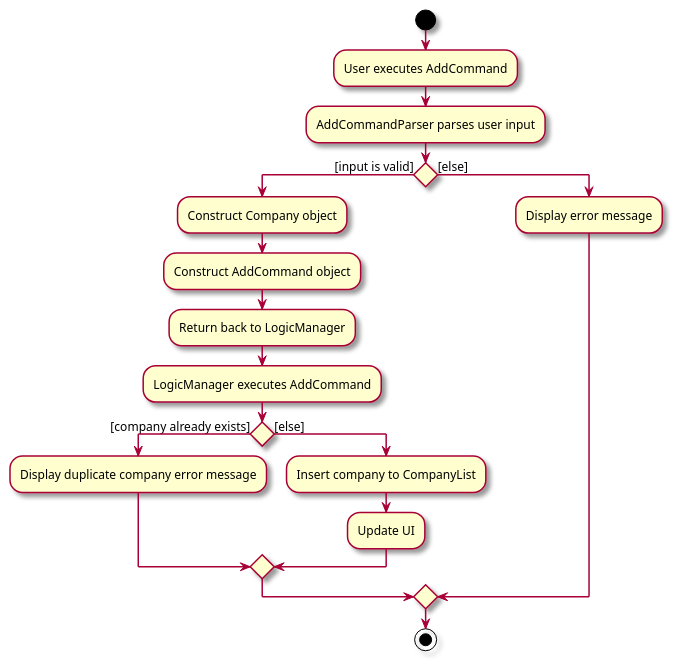
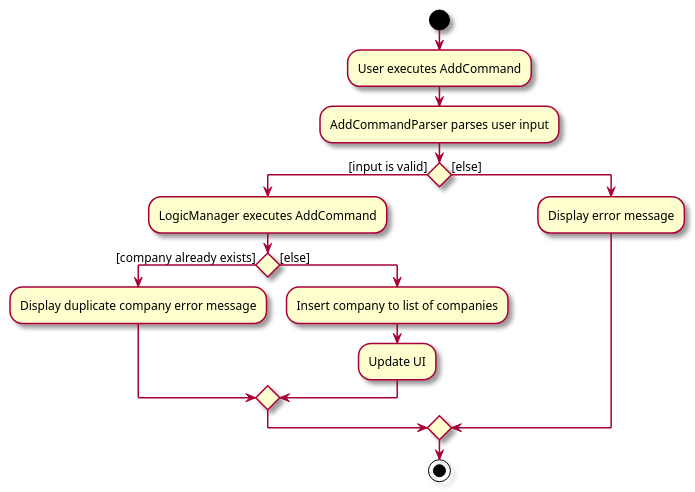
The diagram in docs/diagrams/AddActivityDiagram.puml (tayruxin/tp), drawn with PlantUML before and after one commit. The commit also changed 4 other files, not shown here.

Commit message:
Fix diagrams, grammar and phrasing

```diff
--- a/docs/diagrams/AddActivityDiagram.puml
+++ b/docs/diagrams/AddActivityDiagram.puml
@@ -1,29 +1,26 @@
 @startuml
 skin rose
 skinparam ActivityFontSize 12
 skinparam ArrowFontSize 12
 start
 :User executes AddCommand;
 :AddCommandParser parses user input;
 
 'Since the beta syntax does not support placing the condition outside the
 'diamond we place it as the true branch instead.
 
 if () then ([input is valid])
-    :Construct Company object;
-    :Construct AddCommand object;
-    :Return back to LogicManager;
     :LogicManager executes AddCommand;
     if () then ([company already exists])
         :Display duplicate company error message;
     else ([else])
-        :Insert company to CompanyList;
+        :Insert company to list of companies;
         :Update UI;
     endif
 
 else ([else])
 :Display error message;
 
 endif
 stop
 @enduml
```
